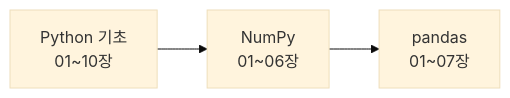
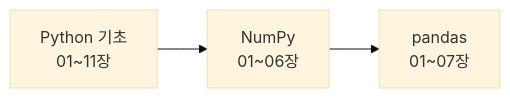
One commit to sinaboro/ai-service-course changed the diagram in README.md. Above: the diagram before and after it, drawn with Mermaid (base theme). The commit also changed other lines of this file and 20 other files, not shown here.

````diff
--- a/README.md
+++ b/README.md
@@ -17,4 +17,4 @@
 ```mermaid
 flowchart LR
-  P["Python 기초<br/>01~10장"] --> N["NumPy<br/>01~06장"] --> D["pandas<br/>01~07장"]
+  P["Python 기초<br/>01~11장"] --> N["NumPy<br/>01~06장"] --> D["pandas<br/>01~07장"]
 ```
````
